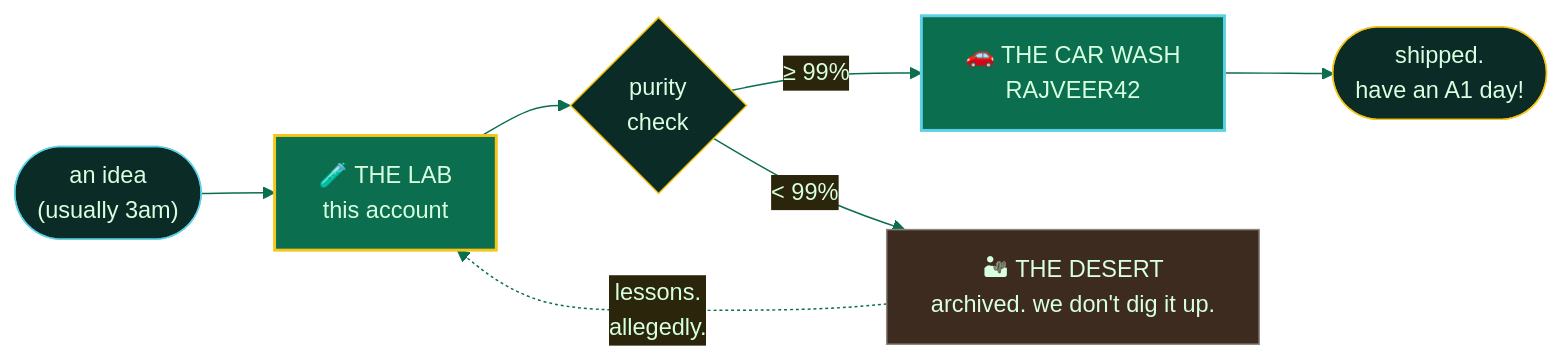
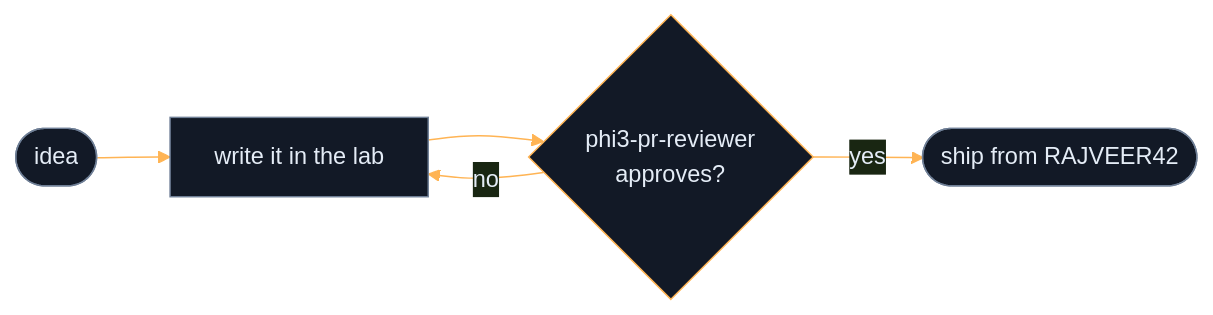
Before and after one commit to Valyrian-Code/Valyrian-Code: the diagram in README.md, drawn with Mermaid. The commit also changed other lines of this file, not shown here.

````diff
--- a/README.md
+++ b/README.md
@@ -98,17 +55,9 @@
 ```mermaid
-%%{init: {'theme':'base','themeVariables':{'primaryColor':'#0B2B26','primaryTextColor':'#D7FFE0','primaryBorderColor':'#F5C518','lineColor':'#0A6E4F','fontFamily':'monospace'}}}%%
+%%{init: {'theme':'base','themeVariables':{'primaryColor':'#121926','primaryTextColor':'#E4ECF6','primaryBorderColor':'#6F7F96','lineColor':'#FFB454','fontFamily':'ui-monospace, monospace'}}}%%
 graph LR
-  A(["an idea<br/>(usually 3am)"]) --> B["🧪 THE LAB<br/>this account"]
-  B --> C{"purity<br/>check"}
-  C -->|"≥ 99%"| D["🚗 THE CAR WASH<br/>RAJVEER42"]
-  C -->|"< 99%"| E["🏜 THE DESERT<br/>archived. we don't dig it up."]
-  D --> F(["shipped.<br/>have an A1 day!"])
-  E -.->|"lessons.<br/>allegedly."| B
-
-  style A fill:#0B2B26,stroke:#5CD1E5
-  style B fill:#0A6E4F,stroke:#F5C518,stroke-width:2px
-  style C fill:#0B2B26,stroke:#F5C518
-  style D fill:#0A6E4F,stroke:#5CD1E5,stroke-width:2px
-  style E fill:#3d2b1f,stroke:#8B8680
-  style F fill:#0B2B26,stroke:#F5C518
+  A(["idea"]) --> B["write it in the lab"]
+  B --> C{"phi3-pr-reviewer<br/>approves?"}
+  C -->|"no"| B
+  C -->|"yes"| D(["ship from RAJVEER42"])
+  style C stroke:#FFB454
 ```
````
